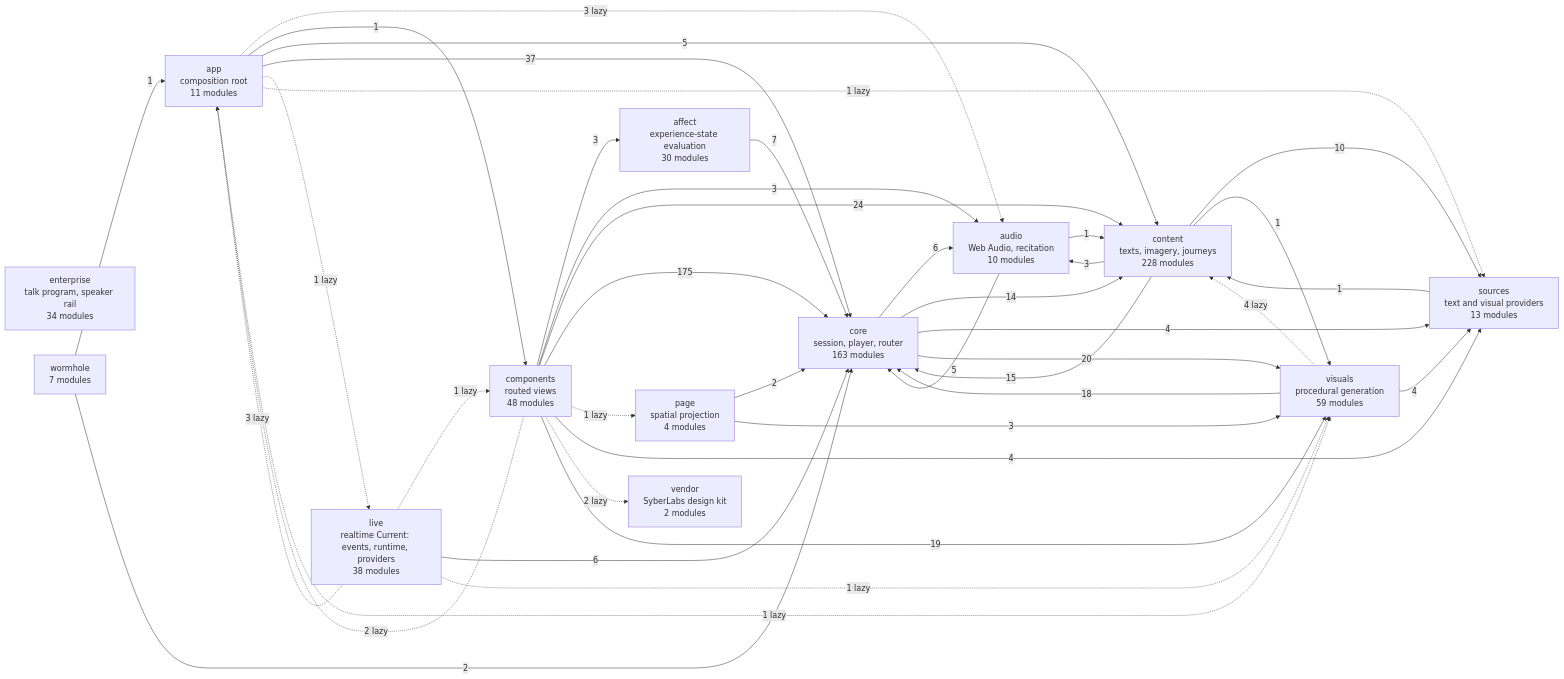
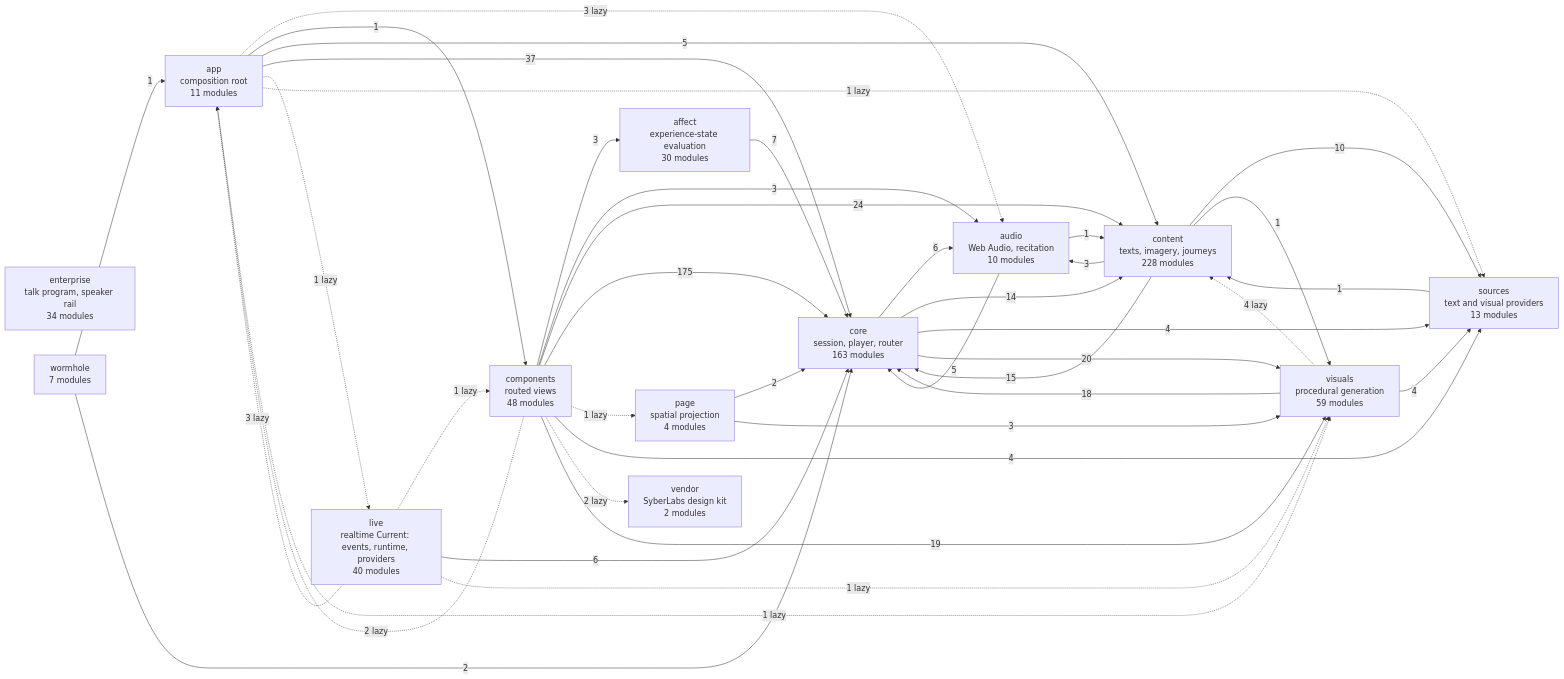
The diagram in docs/specs/ARCHITECTURE.md (SyberLabs/RISE), drawn with Mermaid before and after one commit. The commit also changed 4 other files, not shown here.

First line of the commit message:
Undercurrent: say a failed first Dive is gone, keep keyboard focus as an answer grows, refresh the diagram

````diff
--- a/docs/specs/ARCHITECTURE.md
+++ b/docs/specs/ARCHITECTURE.md
@@ -160,56 +160,56 @@
 ```mermaid
 flowchart LR
     affect["affect<br/>experience-state evaluation<br/>30 modules"]
     app["app<br/>composition root<br/>11 modules"]
     audio["audio<br/>Web Audio, recitation<br/>10 modules"]
     components["components<br/>routed views<br/>48 modules"]
     content["content<br/>texts, imagery, journeys<br/>228 modules"]
     core["core<br/>session, player, router<br/>163 modules"]
     enterprise["enterprise<br/>talk program, speaker rail<br/>34 modules"]
-    live["live<br/>realtime Current: events, runtime, providers<br/>38 modules"]
+    live["live<br/>realtime Current: events, runtime, providers<br/>40 modules"]
     page["page<br/>spatial projection<br/>4 modules"]
     sources["sources<br/>text and visual providers<br/>13 modules"]
     vendor["vendor<br/>SyberLabs design kit<br/>2 modules"]
     visuals["visuals<br/>procedural generation<br/>59 modules"]
     wormhole["wormhole<br/>7 modules"]
 
     affect --> |7| core
     app -.-> |3 lazy| audio
     app --> |1| components
     app --> |5| content
     app --> |37| core
     app -.-> |1 lazy| live
     app -.-> |1 lazy| sources
     app -.-> |1 lazy| visuals
     audio --> |1| content
     audio --> |5| core
     components --> |3| affect
     components -.-> |2 lazy| app
     components --> |3| audio
     components --> |24| content
     components --> |175| core
     components -.-> |1 lazy| page
     components --> |4| sources
     components -.-> |2 lazy| vendor
     components --> |19| visuals
     content --> |3| audio
     content --> |15| core
     content --> |10| sources
     content --> |1| visuals
     core --> |6| audio
     core --> |14| content
     core --> |4| sources
     core --> |20| visuals
     live -.-> |3 lazy| app
     live -.-> |1 lazy| components
     live --> |6| core
     live -.-> |1 lazy| visuals
     page --> |2| core
     page --> |3| visuals
     sources --> |1| content
     visuals -.-> |4 lazy| content
     visuals --> |18| core
     visuals --> |4| sources
     wormhole --> |1| app
     wormhole --> |2| core
 ```
````
